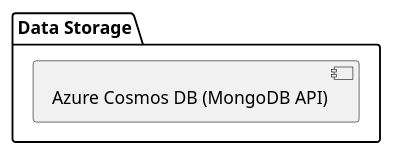
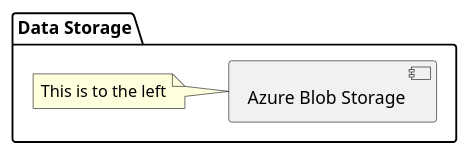
One commit to bearandhammer/knowledge-vault changed the diagram in obsidian-vault/🐸 Frog & Pencil/Architecture Diagram.md. Above: the diagram before and after it, drawn with PlantUML.

Commit message:
Lews PC vault backup: 06/04/2022 20:37:57
Affected files:
obsidian-vault/🐸 Frog & Pencil/Architecture Diagram.md

````diff
--- a/obsidian-vault/🐸 Frog & Pencil/Architecture Diagram.md
+++ b/obsidian-vault/🐸 Frog & Pencil/Architecture Diagram.md
@@ -9,5 +9,9 @@
 ```plantuml
 package "Data Storage" {
-[Azure Cosmos DB (MongoDB API)]
+[Azure Blob Storage] as ABS
+
+note left of ABS
+	This is to the left
+end note
 }
 ```
````
